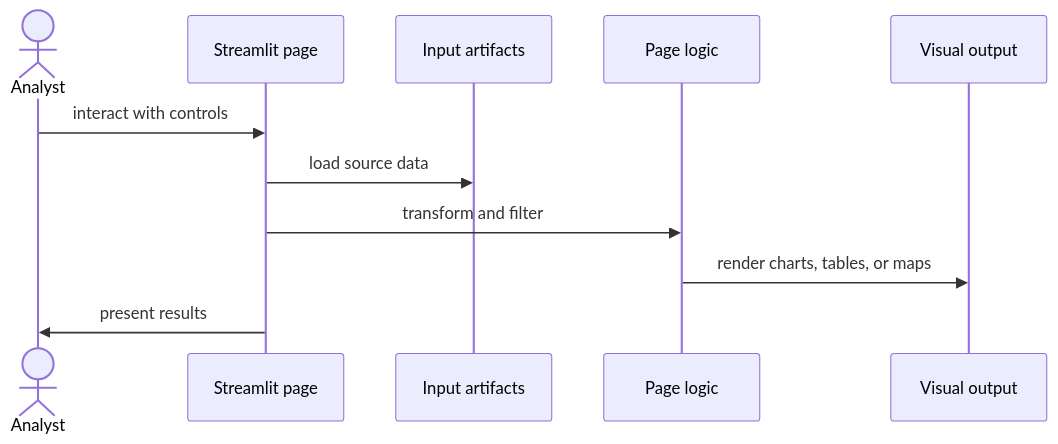
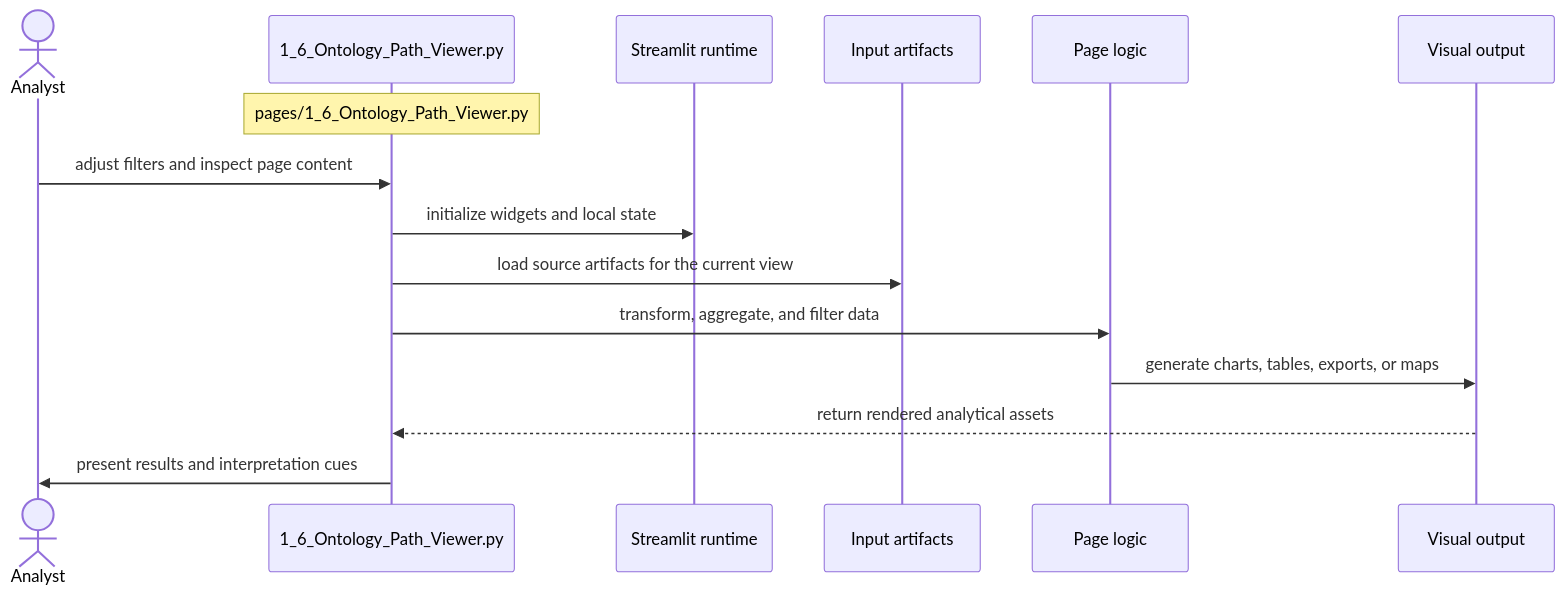
Before and after one commit to darisdzakwanhoesien2/benchmarks: the diagram in new_page/documentation/streamlit_pages/mermaid_sequence_diagram/1_6_Ontology_Path_Viewer.md, drawn with Mermaid. The commit also changed other lines of this file and 49 other files, not shown here.

Commit message:
Adding Documentation with Mermaid Sequence Diagram

````diff
--- a/new_page/documentation/streamlit_pages/mermaid_sequence_diagram/1_6_Ontology_Path_Viewer.md
+++ b/new_page/documentation/streamlit_pages/mermaid_sequence_diagram/1_6_Ontology_Path_Viewer.md
@@ -7,13 +15,17 @@
 ```mermaid
 sequenceDiagram
     actor User as Analyst
-    participant page as Streamlit page
+    participant page as 1_6_Ontology_Path_Viewer.py
+    participant runtime as Streamlit runtime
     participant data as Input artifacts
     participant compute as Page logic
     participant output as Visual output
-    User->>page: interact with controls
-    page->>data: load source data
-    page->>compute: transform and filter
-    compute->>output: render charts, tables, or maps
-    page->>User: present results
+    Note over page: pages/1_6_Ontology_Path_Viewer.py
+    User->>page: adjust filters and inspect page content
+    page->>runtime: initialize widgets and local state
+    page->>data: load source artifacts for the current view
+    page->>compute: transform, aggregate, and filter data
+    compute->>output: generate charts, tables, exports, or maps
+    output-->>page: return rendered analytical assets
+    page->>User: present results and interpretation cues
 ```
````
